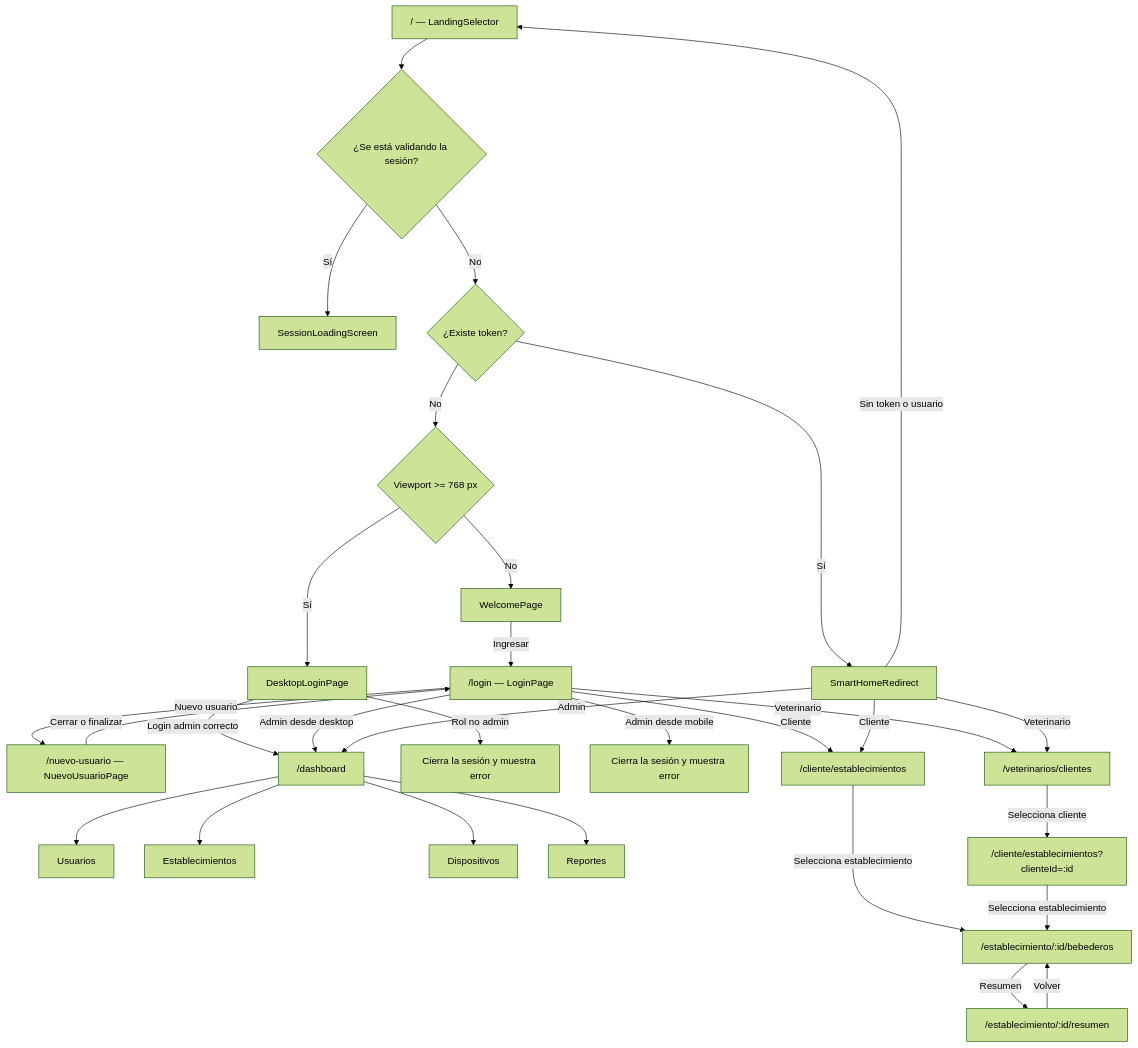
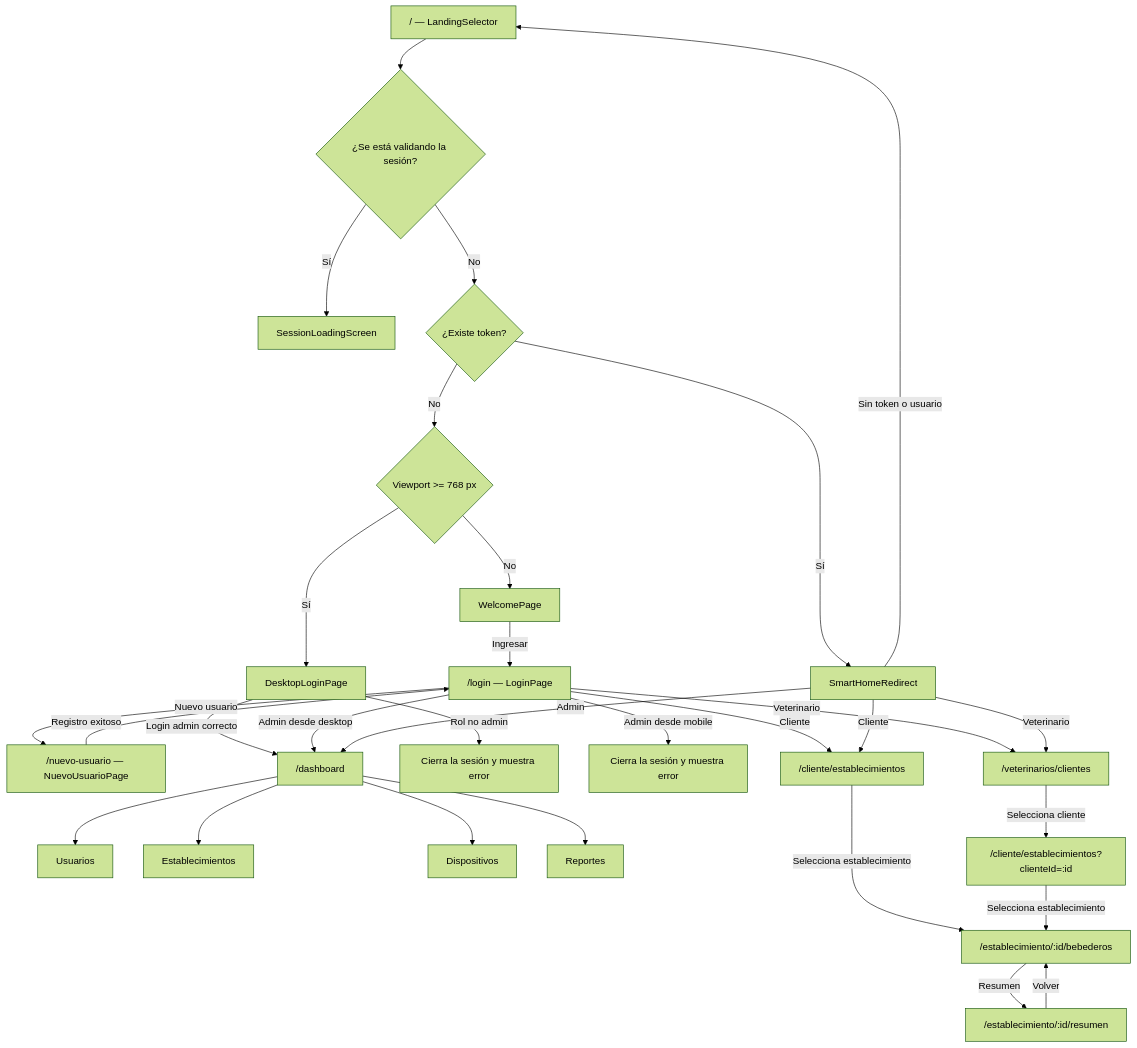
One commit to DanyTeruggi/PPS_Dosificador changed the first of 4 diagrams in frontend/FLUJO_NAVEGACION.md. Above: the diagram before and after it, drawn with Mermaid (forest theme). The commit also changed other lines of this file and 9 other files, not shown here.

````diff
--- a/frontend/FLUJO_NAVEGACION.md
+++ b/frontend/FLUJO_NAVEGACION.md
@@ -18,39 +18,39 @@
 ```mermaid
 flowchart TD
     A["/ — LandingSelector"] --> B{"¿Se está validando la sesión?"}
     B -->|Sí| C["SessionLoadingScreen"]
     B -->|No| D{"¿Existe token?"}
 
     D -->|Sí| E[SmartHomeRedirect]
     D -->|No| F{"Viewport >= 768 px"}
 
     F -->|Sí| G[DesktopLoginPage]
     F -->|No| H[WelcomePage]
     H -->|Ingresar| I["/login — LoginPage"]
     I -->|Nuevo usuario| J["/nuevo-usuario — NuevoUsuarioPage"]
-    J -->|Cerrar o finalizar| I
+    J -->|Registro exitoso| I
 
     G -->|Login admin correcto| K["/dashboard"]
     G -->|Rol no admin| G1[Cierra la sesión y muestra error]
 
     I -->|Admin desde desktop| K
     I -->|Admin desde mobile| I1[Cierra la sesión y muestra error]
     I -->|Veterinario| L["/veterinarios/clientes"]
     I -->|Cliente| M["/cliente/establecimientos"]
 
     E -->|Admin| K
     E -->|Veterinario| L
     E -->|Cliente| M
     E -->|Sin token o usuario| A
 
     K --> K1[Usuarios]
     K --> K2[Establecimientos]
     K --> K3[Dispositivos]
     K --> K4[Reportes]
 
     L -->|Selecciona cliente| N["/cliente/establecimientos?clienteId=:id"]
     M -->|Selecciona establecimiento| O["/establecimiento/:id/bebederos"]
     N -->|Selecciona establecimiento| O
     O -->|Resumen| P["/establecimiento/:id/resumen"]
     P -->|Volver| O
 ```
````
